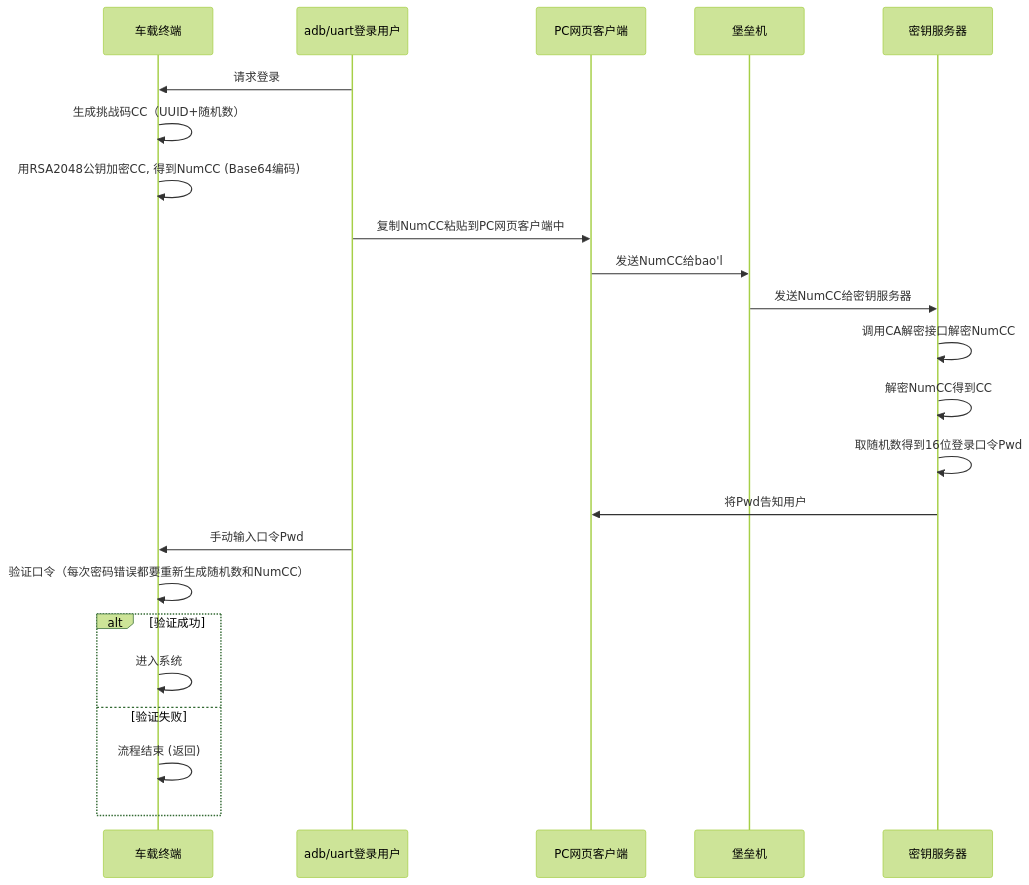
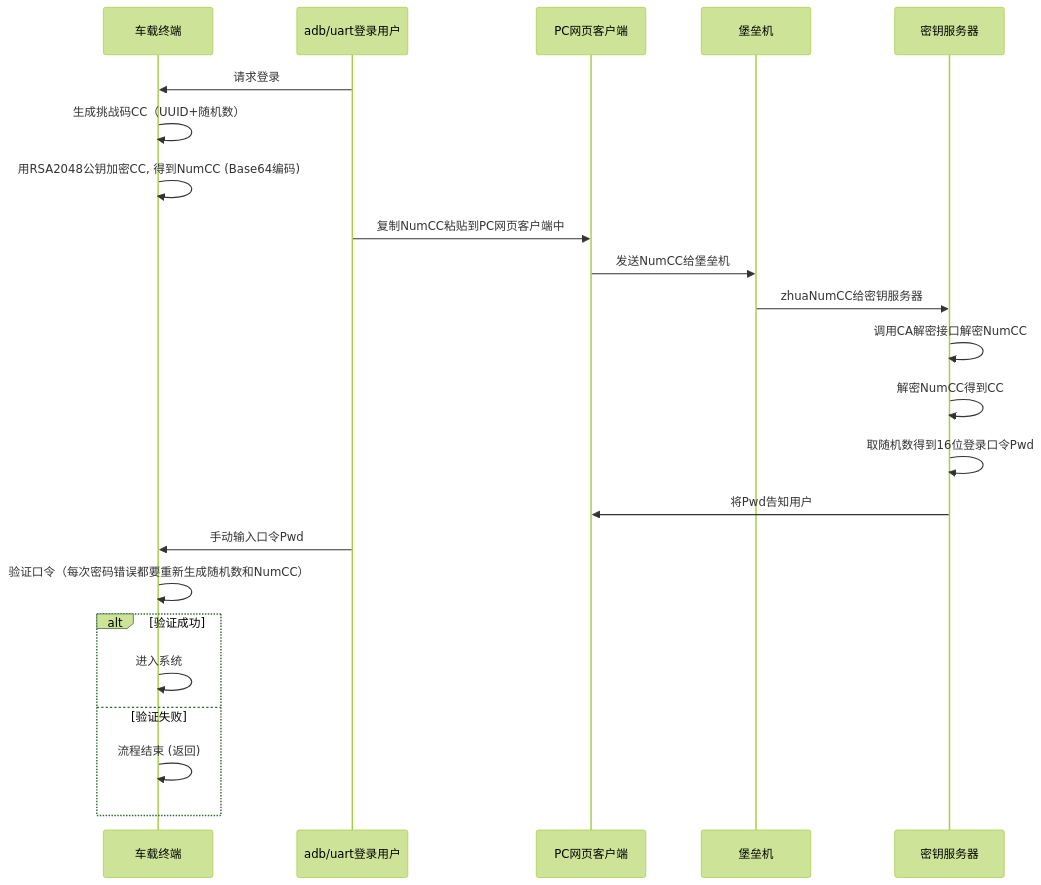
One commit to facebook-cloud/iodraw-files changed the diagram in all/未命名-16.md. Above: the diagram before and after it, drawn with Mermaid (forest theme).

Commit message:
2026-02-05 18:04:53 update

````diff
--- a/all/未命名-16.md
+++ b/all/未命名-16.md
@@ -1,29 +1,29 @@
 ```mermaid
 sequenceDiagram
     participant tbox as 车载终端
     participant user as adb/uart登录用户
     participant pc as PC网页客户端
     participant bastion as 堡垒机
     participant tech_center as 密钥服务器
   
 
     user->>tbox: 请求登录
     tbox->>tbox: 生成挑战码CC（UUID+随机数）
     tbox->>tbox: 用RSA2048公钥加密CC, 得到NumCC (Base64编码)
     user->>pc: 复制NumCC粘贴到PC网页客户端中
-    pc->>bastion: 发送NumCC给bao'l
-    bastion->>tech_center: 发送NumCC给密钥服务器
+    pc->>bastion: 发送NumCC给堡垒机
+    bastion->>tech_center: zhuaNumCC给密钥服务器
     tech_center->>tech_center: 调用CA解密接口解密NumCC
     tech_center->>tech_center: 解密NumCC得到CC
     tech_center->>tech_center: 取随机数得到16位登录口令Pwd
     tech_center->>pc: 将Pwd告知用户
     user->>tbox: 手动输入口令Pwd
     tbox->>tbox: 验证口令（每次密码错误都要重新生成随机数和NumCC）
     alt 验证成功
         tbox->>tbox: 进入系统
     else 验证失败
         tbox->>tbox: 流程结束 (返回)
     end
 
 
 ```
````
